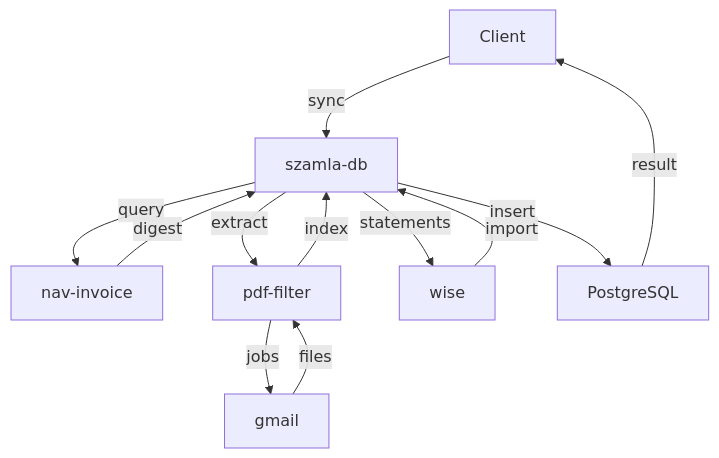
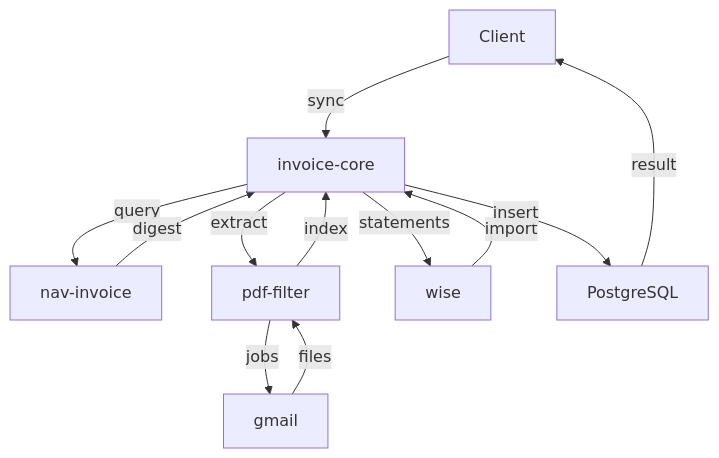
The diagram in moneypenny/INDEX.md (graphtrek/tiro), drawn with Mermaid before and after one commit. The commit also changed other lines of this file and 16 other files, not shown here.

Commit message:
rename szamla-db with invoice-core

````diff
--- a/moneypenny/INDEX.md
+++ b/moneypenny/INDEX.md
@@ -157,14 +157,14 @@
 ```mermaid
 flowchart TD
-    C[Client] -->|sync| SD[szamla-db]
+    C[Client] -->|sync| SD[invoice-core]
     SD -->|query| NAV[nav-invoice]
     NAV -->|digest| SD
     SD -->|extract| IFF[pdf-filter]
     IFF -->|jobs| AD[gmail]
     AD -->|files| IFF
     IFF -->|index| SD
     SD -->|statements| W[wise]
     W -->|import| SD
     SD -->|insert| DB[PostgreSQL]
     DB -->|result| C
 ```
````
